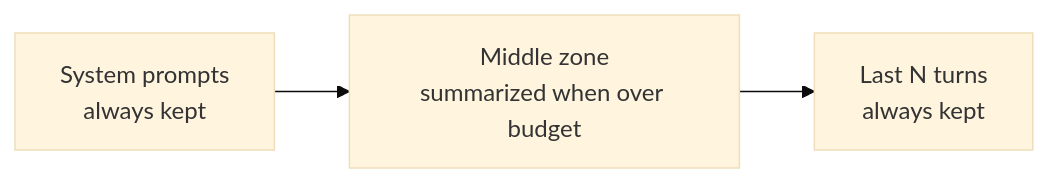
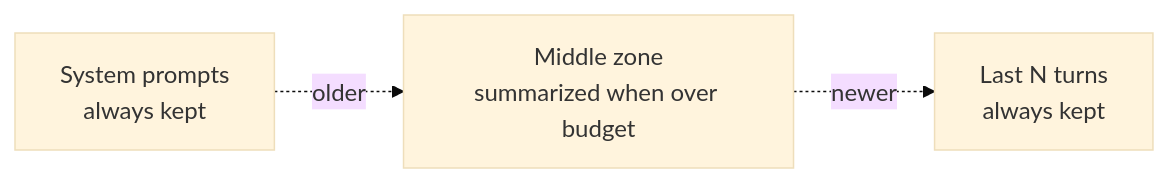
The second of 3 diagrams in src/content/blog/building-agent-framework-part-3.md (lord-skinner/skinnerdev), drawn with Mermaid (base theme) before and after one commit. The commit also changed other lines of this file, not shown here.

````diff
--- a/src/content/blog/building-agent-framework-part-3.md
+++ b/src/content/blog/building-agent-framework-part-3.md
@@ -106,8 +108,8 @@
 ```mermaid
 flowchart LR
     SYS["System prompts\nalways kept"]
     MID["Middle zone\nsummarized when over budget"]
     REC["Last N turns\nalways kept"]
 
-    SYS --> MID --> REC
+    SYS -.->|"older"| MID -.->|"newer"| REC
 ```
````
